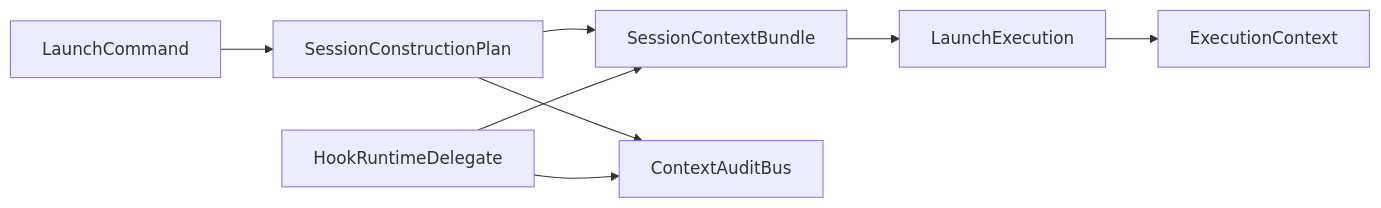
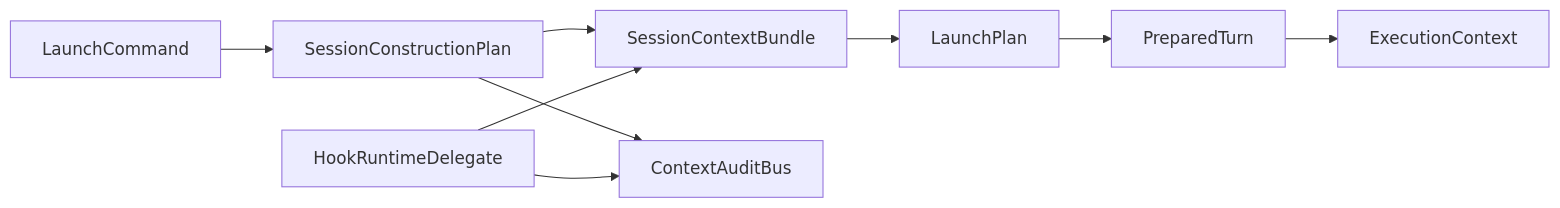
Before and after one commit to syan2018/AgentDash: the diagram in .trellis/spec/backend/session/bundle-main-datasource.md, drawn with Mermaid. The commit also changed other lines of this file and 7 other files, not shown here.

````diff
--- a/.trellis/spec/backend/session/bundle-main-datasource.md
+++ b/.trellis/spec/backend/session/bundle-main-datasource.md
@@ -84,15 +84,16 @@
 ```mermaid
 flowchart LR
     Source["LaunchCommand"]
     Construction["SessionConstructionPlan"]
     Bundle["SessionContextBundle"]
-    Launch["LaunchExecution"]
+    Launch["LaunchPlan"]
+    Prepared["PreparedTurn"]
     Context["ExecutionContext"]
     Audit["ContextAuditBus"]
     Hook["HookRuntimeDelegate"]
 
-    Source --> Construction --> Bundle --> Launch --> Context
+    Source --> Construction --> Bundle --> Launch --> Prepared --> Context
     Construction --> Audit
     Hook --> Bundle
     Hook --> Audit
 ```
````
